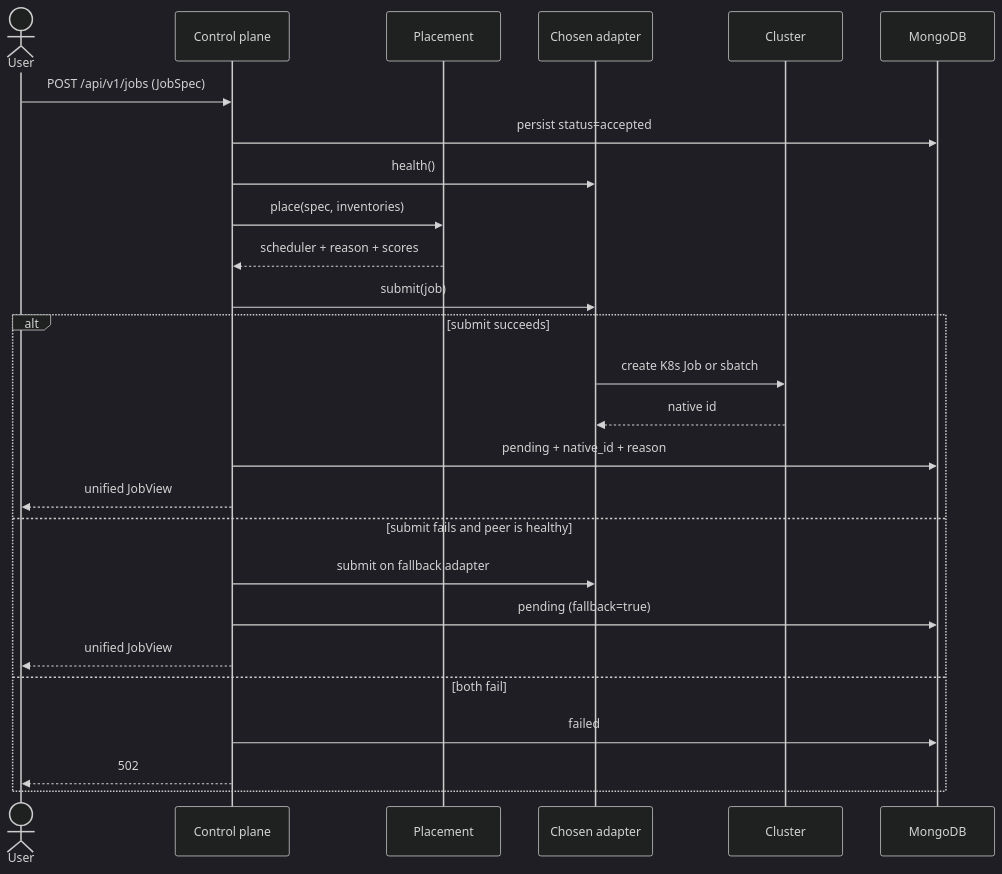
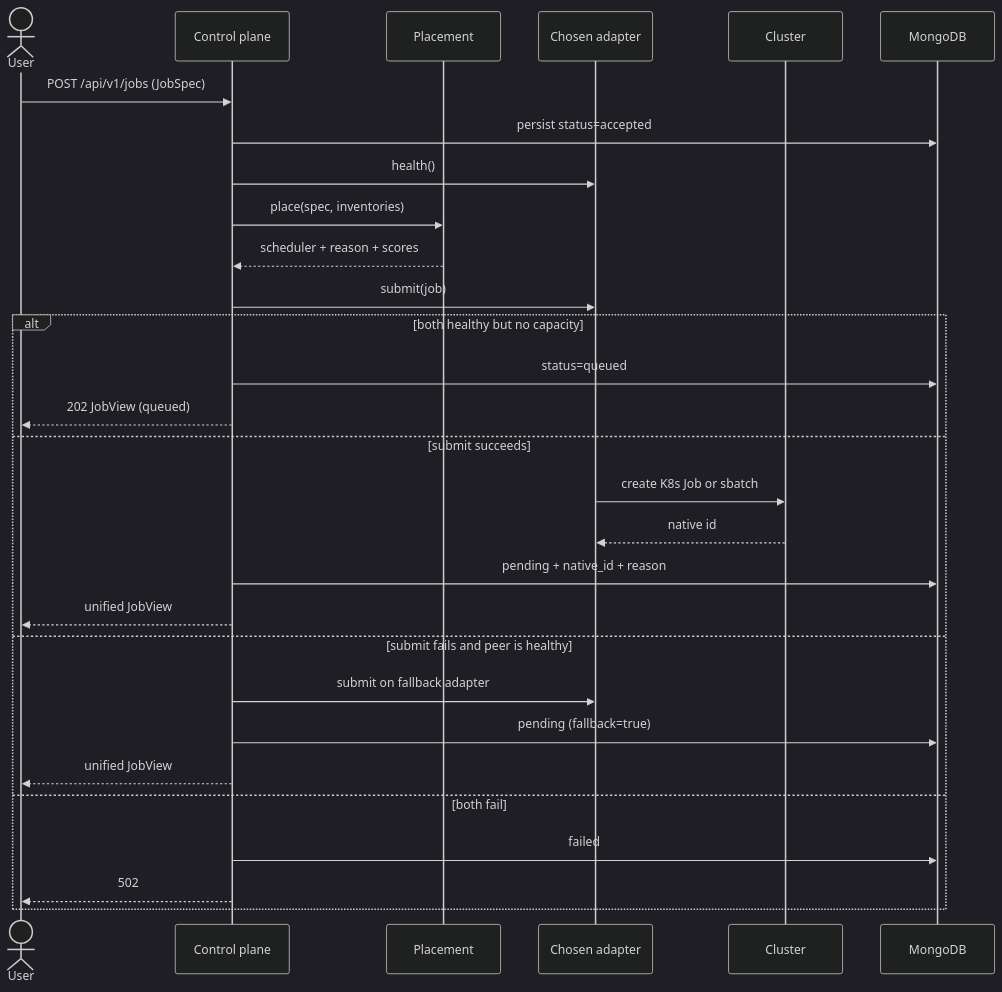
The second of 6 diagrams in ARCHITECTURE.md (amanak4/HCP), drawn with Mermaid (dark theme) before and after one commit. The commit also changed other lines of this file and 22 other files, not shown here.

````diff
--- a/ARCHITECTURE.md
+++ b/ARCHITECTURE.md
@@ -60,29 +60,32 @@
 ```mermaid
 sequenceDiagram
   actor User
   participant API as Control plane
   participant P as Placement
   participant A as Chosen adapter
   participant C as Cluster
   participant DB as MongoDB
 
   User->>API: POST /api/v1/jobs (JobSpec)
   API->>DB: persist status=accepted
   API->>A: health()
   API->>P: place(spec, inventories)
   P-->>API: scheduler + reason + scores
   API->>A: submit(job)
-  alt submit succeeds
+  alt both healthy but no capacity
+    API->>DB: status=queued
+    API-->>User: 202 JobView (queued)
+  else submit succeeds
     A->>C: create K8s Job or sbatch
     C-->>A: native id
     API->>DB: pending + native_id + reason
     API-->>User: unified JobView
   else submit fails and peer is healthy
     API->>A: submit on fallback adapter
     API->>DB: pending (fallback=true)
     API-->>User: unified JobView
   else both fail
     API->>DB: failed
     API-->>User: 502
   end
 ```
````
